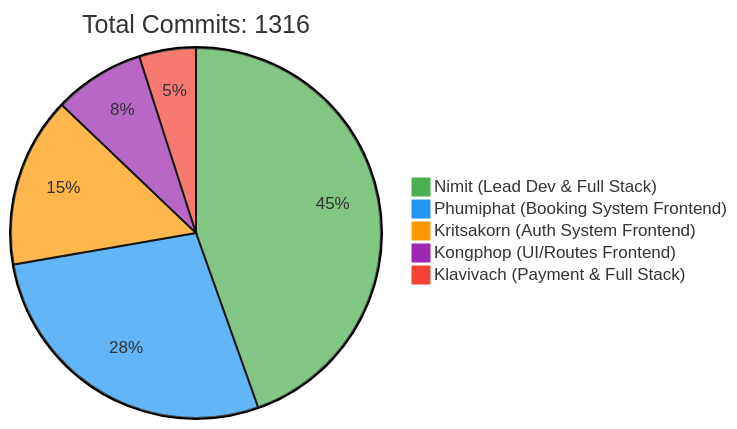
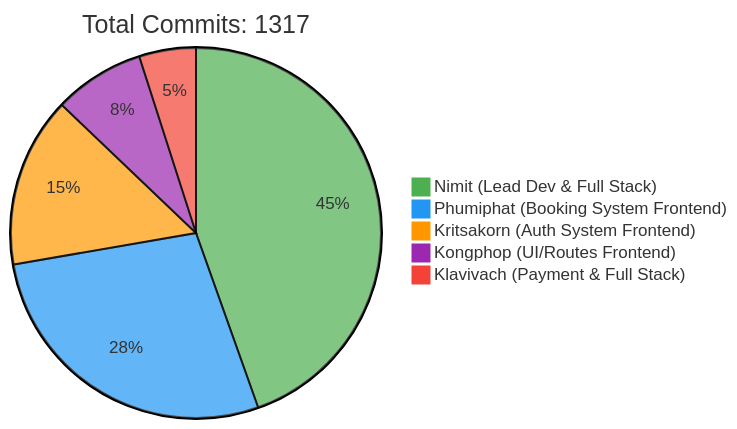
The first of 2 diagrams in README.md (6531503042/Sport-Complex), drawn with Mermaid before and after one commit. The commit also changed other lines of this file, not shown here.

Commit message:
docs: Update contributor statistics [skip ci]

````diff
--- a/README.md
+++ b/README.md
@@ -257,10 +257,10 @@
 ```mermaid
 %%{init: {'theme': 'base', 'themeVariables': { 'pie1': '#4CAF50', 'pie2': '#2196F3', 'pie3': '#FF9800', 'pie4': '#9C27B0', 'pie5': '#F44336'}}}%%
 pie
-    title Total Commits: 1316
+    title Total Commits: 1317
     "Nimit (Lead Dev & Full Stack)" : 450
     "Phumiphat (Booking System Frontend)" : 280
     "Kritsakorn (Auth System Frontend)" : 150
     "Kongphop (UI/Routes Frontend)" : 80
     "Klavivach (Payment & Full Stack)" : 50
 ```
````
